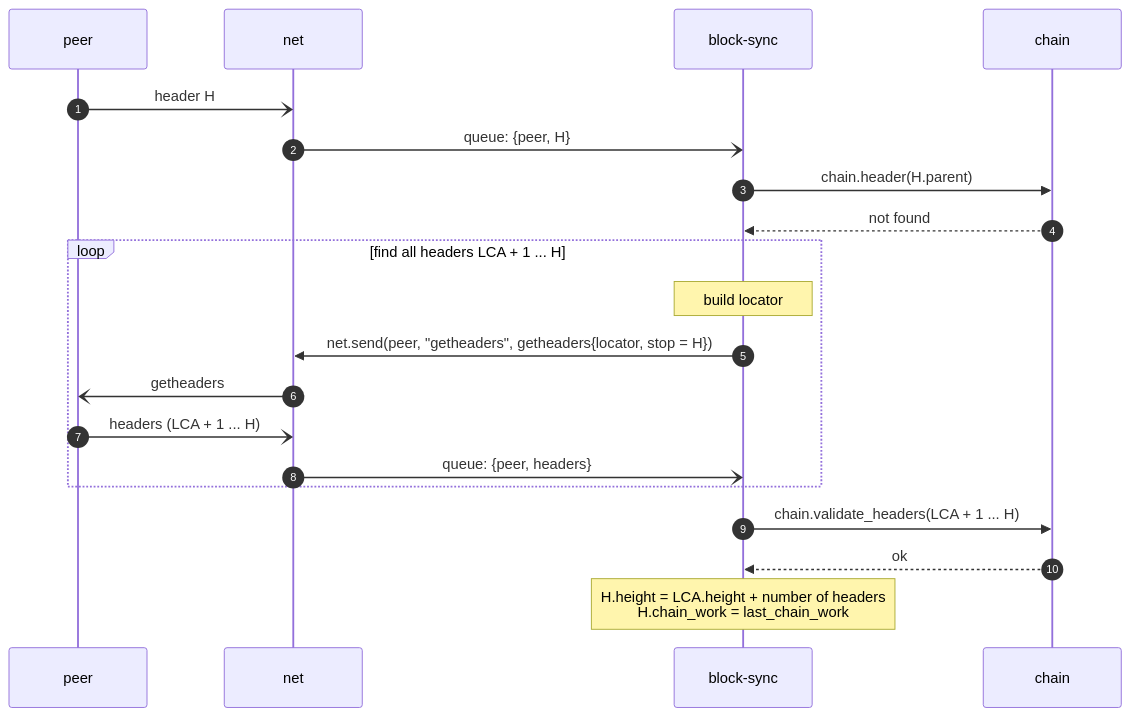
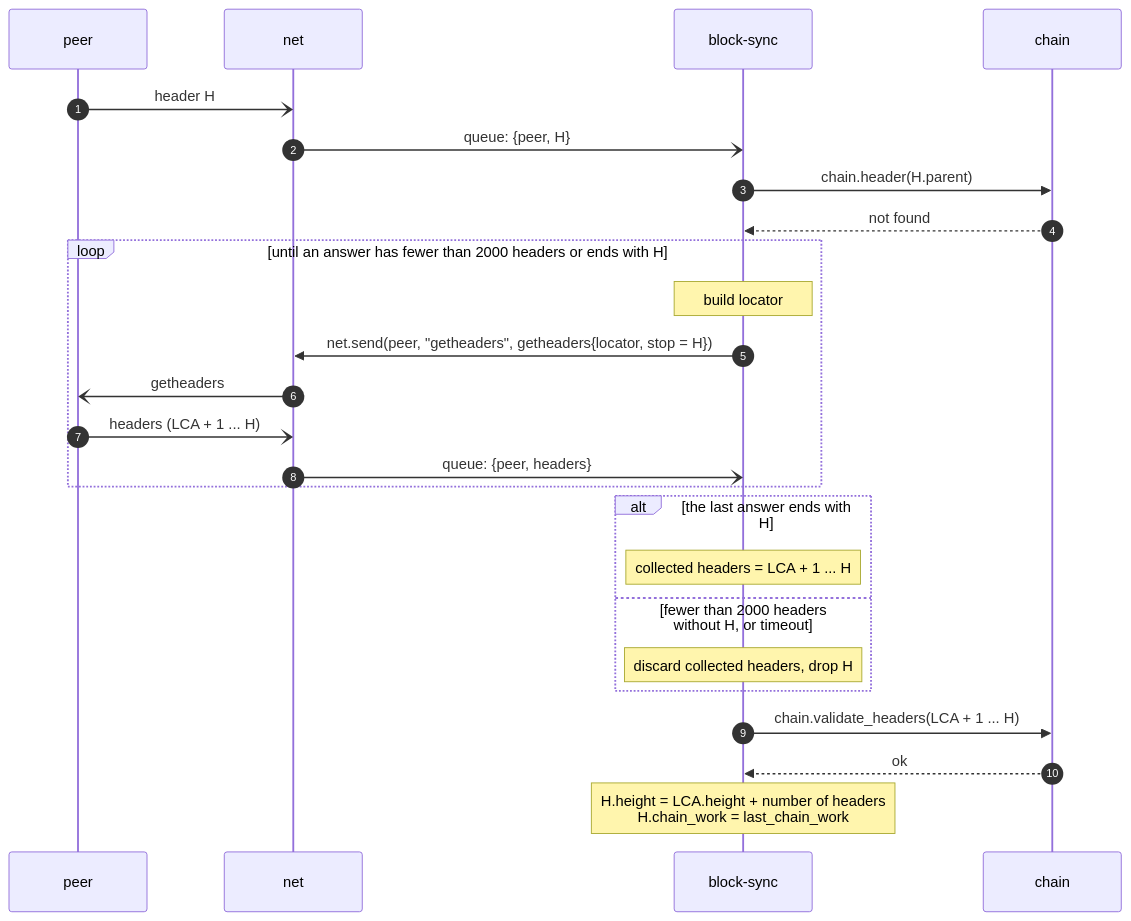
One commit to RustBTCD/btcd changed the second of 3 diagrams in docs/flows/mode-standard.md. Above: the diagram before and after it, drawn with Mermaid. The commit also changed other lines of this file, not shown here.

Commit message:
fixed flow for processing headers

````diff
--- a/docs/flows/mode-standard.md
+++ b/docs/flows/mode-standard.md
@@ -98,22 +110,27 @@
 ```mermaid
 sequenceDiagram
     autonumber
     participant P as peer
     participant N as net
     participant BS as block-sync
     participant C as chain
     P -) N: header H
     N -) BS: queue: {peer, H}
     BS ->> C: chain.header(H.parent)
     C -->> BS: not found
-    loop find all headers LCA + 1 ... H
+    loop until an answer has fewer than 2000 headers or ends with H
         Note over BS: build locator
         BS ->> N: net.send(peer, "getheaders", getheaders{locator, stop = H})
         N -) P: getheaders
         P -) N: headers (LCA + 1 ... H)
         N -) BS: queue: {peer, headers}
     end
+    alt the last answer ends with H
+        Note over BS: collected headers = LCA + 1 ... H
+    else fewer than 2000 headers without H, or timeout
+        Note over BS: discard collected headers, drop H
+    end
     BS ->> C: chain.validate_headers(LCA + 1 ... H)
     C -->> BS: ok
     Note over BS: H.height = LCA.height + number of headers<br/> H.chain_work = last_chain_work
 ```
````
